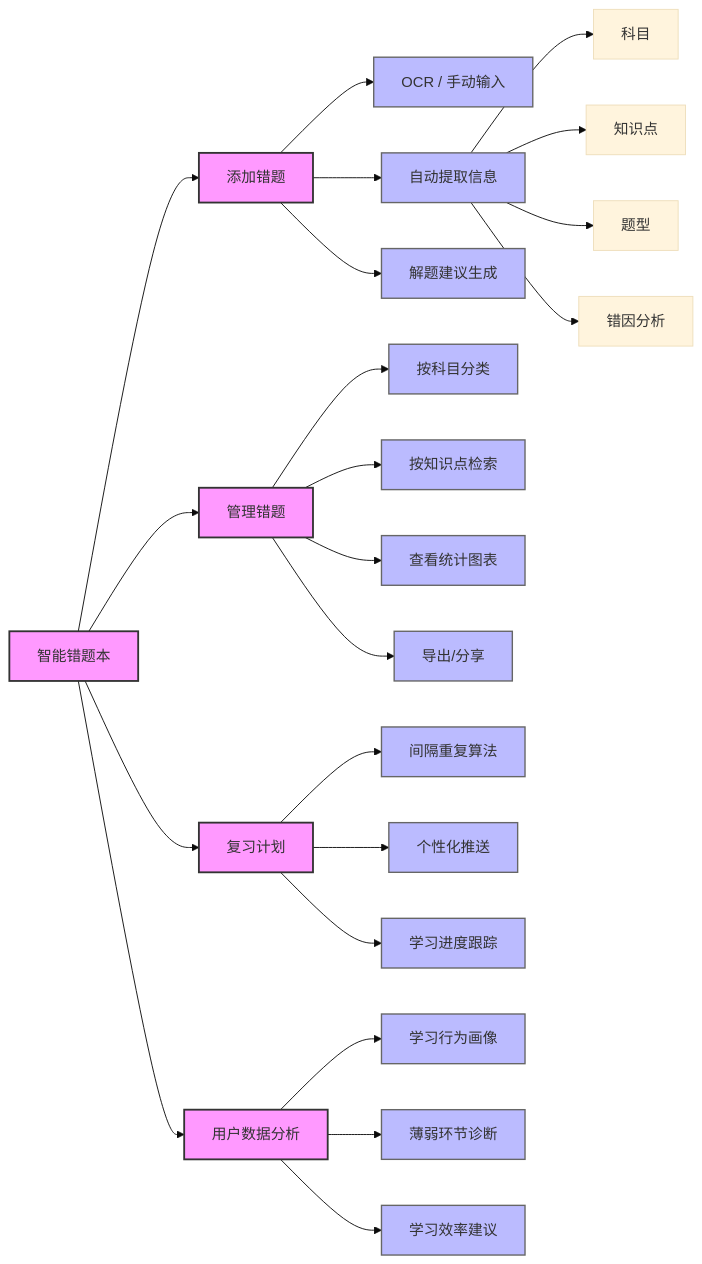
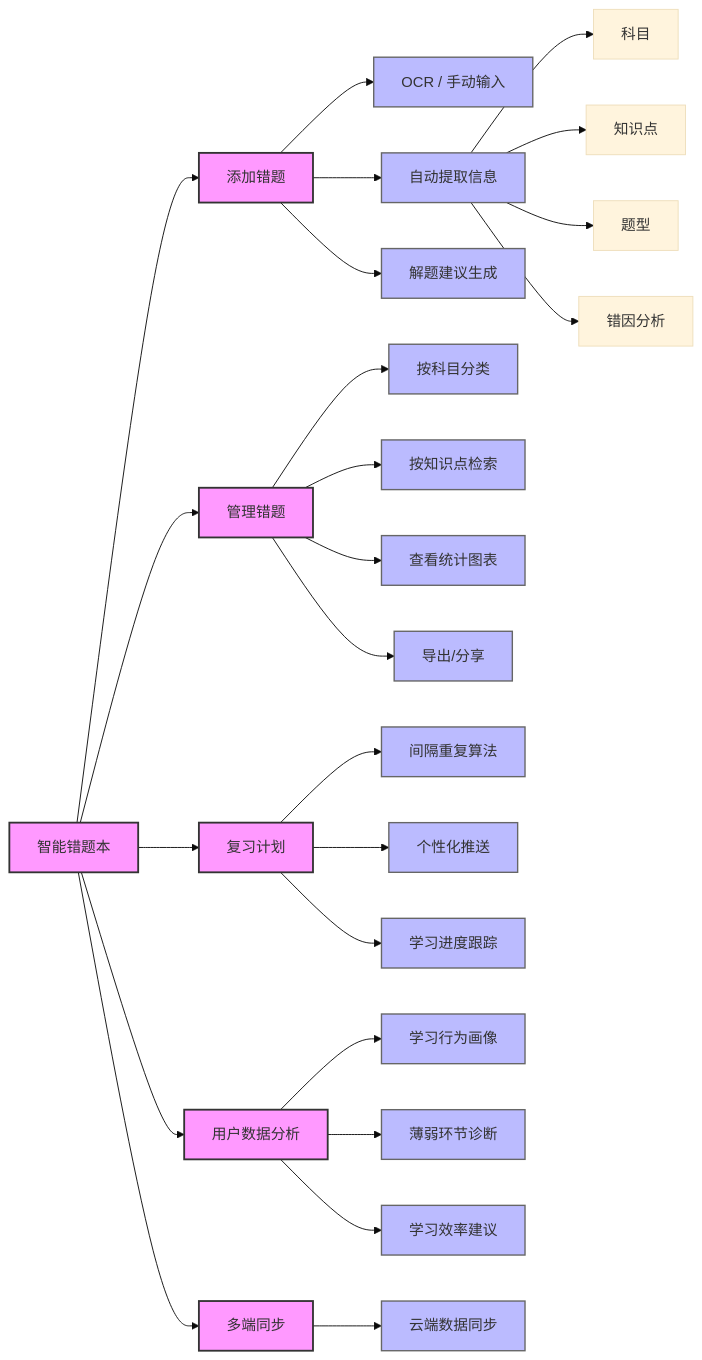
One commit to zpb911km/SmartErrorNotebook changed the diagram in README.md. Above: the diagram before and after it, drawn with Mermaid (base theme). The commit also changed other lines of this file and 1 other file, not shown here.

Commit message:
doc: 添加多端同步功能并更新技术栈
添加多端同步模块到系统架构图中，包括云端数据同步功能。
更新技术栈信息，后端从PostgreSQL改为SQLite，并新增Flask + MySQL作为云端服务。

````diff
--- a/README.md
+++ b/README.md
@@ -16,39 +16,43 @@
 ```mermaid
 graph LR
     A[智能错题本] --> B[添加错题]
     A --> C[管理错题]
     A --> D[复习计划]
     A --> E[用户数据分析]
+    A --> F[多端同步]
 
     %% 添加错题模块
     B --> B1[OCR / 手动输入]
     B --> B2[自动提取信息]
     B2 --> B2a[科目]
     B2 --> B2b[知识点]
     B2 --> B2c[题型]
     B2 --> B2d[错因分析]
     B --> B3[解题建议生成]
 
     %% 管理错题模块
     C --> C1[按科目分类]
     C --> C2[按知识点检索]
     C --> C3[查看统计图表]
     C --> C4[导出/分享]
 
     %% 复习计划模块
     D --> D1[间隔重复算法]
     D --> D2[个性化推送]
     D --> D3[学习进度跟踪]
 
     %% 用户数据分析模块
     E --> E1[学习行为画像]
     E --> E2[薄弱环节诊断]
     E --> E3[学习效率建议]
 
+    %% 多端同步模块
+    F --> F1[云端数据同步]
+
     %% 样式美化
     classDef module fill:#f9f,stroke:#333,stroke-width:2px;
     classDef feature fill:#bbf,stroke:#666,stroke-width:1.5px;
     class A module;
-    class B,C,D,E module;
-    class B1,B2,B3,C1,C2,C3,C4,D1,D2,D3,E1,E2,E3 feature;
+    class B,C,D,E,F module;
+    class B1,B2,B3,C1,C2,C3,C4,D1,D2,D3,E1,E2,E3,F1 feature;
 ```
````
